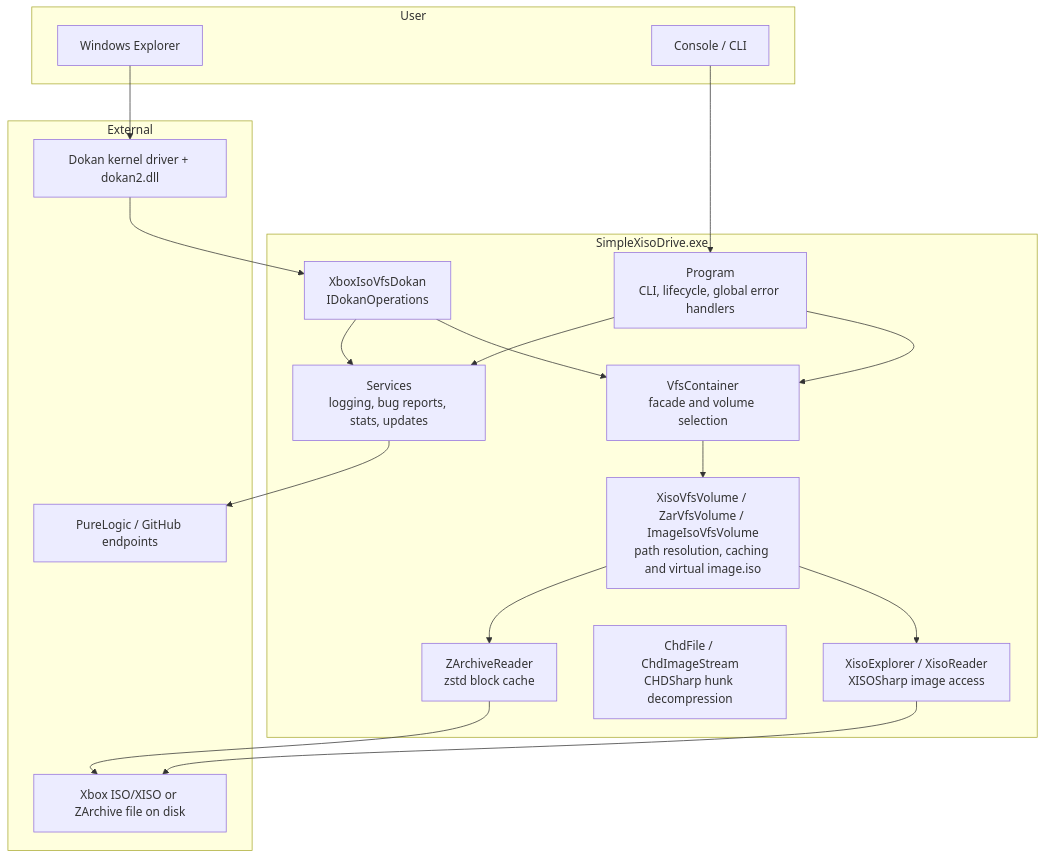
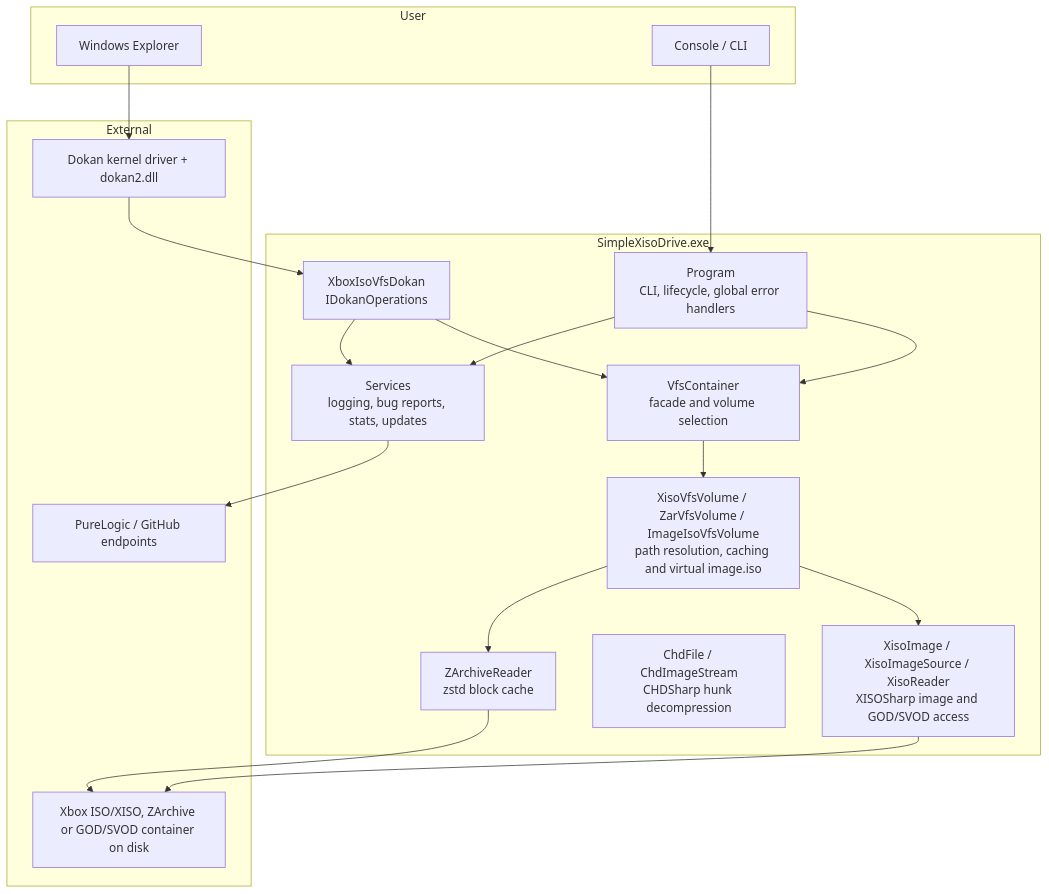
The first of 2 diagrams in docs/Architecture.md (purelogiccode/SimpleXisoDrive), drawn with Mermaid before and after one commit. The commit also changed other lines of this file and 31 other files, not shown here.

First line of the commit message:
feat: mount Xbox 360 GOD/SVOD containers

````diff
--- a/docs/Architecture.md
+++ b/docs/Architecture.md
@@ -18,38 +18,38 @@
 ```mermaid
 flowchart TD
     subgraph User["User"]
         Explorer["Windows Explorer"]
         Console["Console / CLI"]
     end
 
     subgraph App["SimpleXisoDrive.exe"]
         Program["Program<br/>CLI, lifecycle, global error handlers"]
         DokanOps["XboxIsoVfsDokan<br/>IDokanOperations"]
         Vfs["VfsContainer<br/>facade and volume selection"]
         Volumes["XisoVfsVolume / ZarVfsVolume / ImageIsoVfsVolume<br/>path resolution, caching and virtual image.iso"]
-        Xiso["XisoExplorer / XisoReader<br/>XISOSharp image access"]
+        Xiso["XisoImage / XisoImageSource / XisoReader<br/>XISOSharp image and GOD/SVOD access"]
         Chd["ChdFile / ChdImageStream<br/>CHDSharp hunk decompression"]
         Zar["ZArchiveReader<br/>zstd block cache"]
         Services["Services<br/>logging, bug reports, stats, updates"]
     end
 
     subgraph External["External"]
         Dokan["Dokan kernel driver + dokan2.dll"]
-        Image["Xbox ISO/XISO or ZArchive file on disk"]
+        Image["Xbox ISO/XISO, ZArchive or GOD/SVOD container on disk"]
         Api["PureLogic / GitHub endpoints"]
     end
 
     Explorer --> Dokan
     Console --> Program
     Dokan --> DokanOps
     DokanOps --> Vfs
     Vfs --> Volumes
     Volumes --> Xiso
     Volumes --> Zar
     Xiso --> Image
     Zar --> Image
     Program --> Vfs
     Program --> Services
     DokanOps --> Services
     Services --> Api
 ```
````
